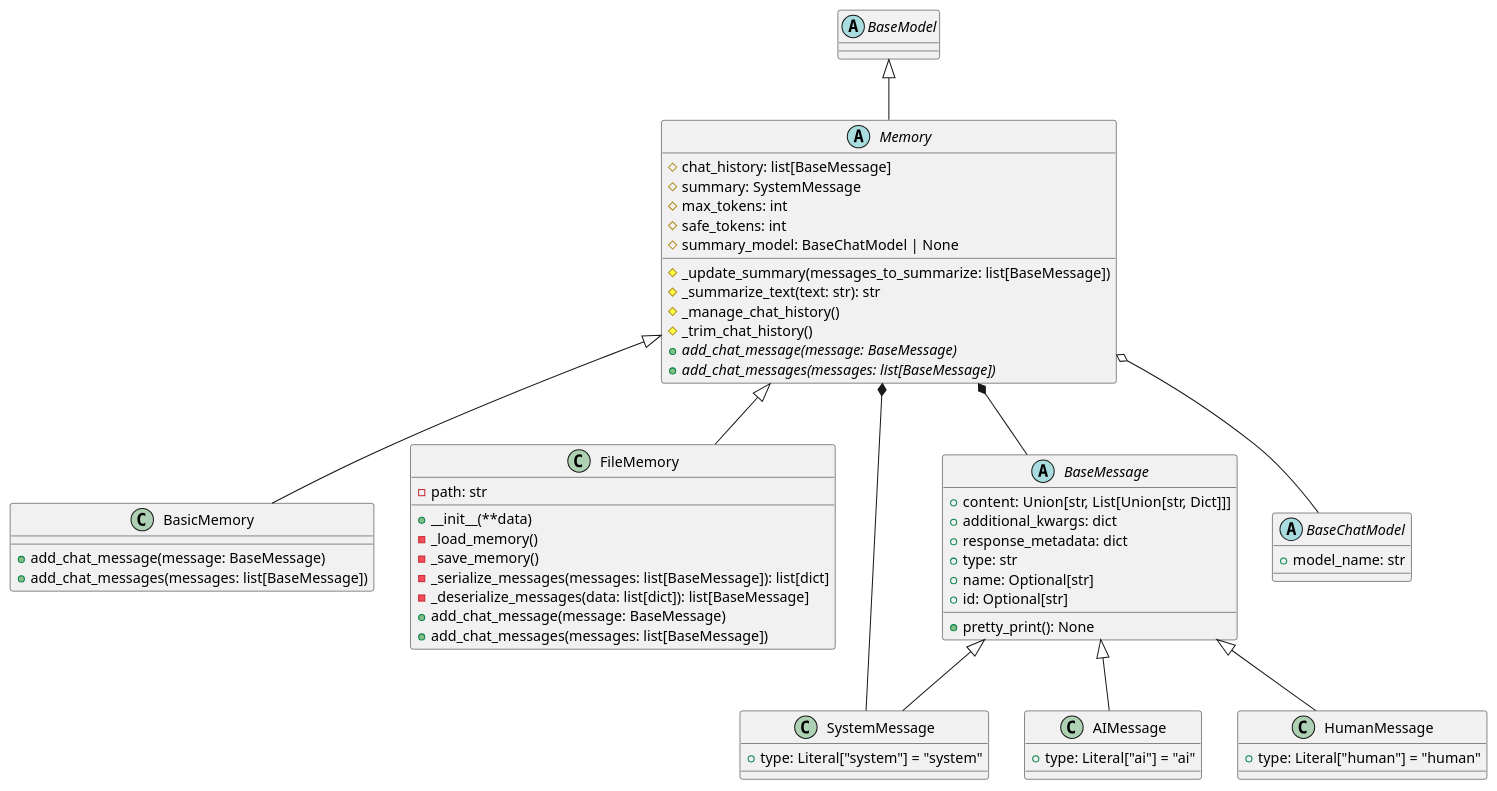
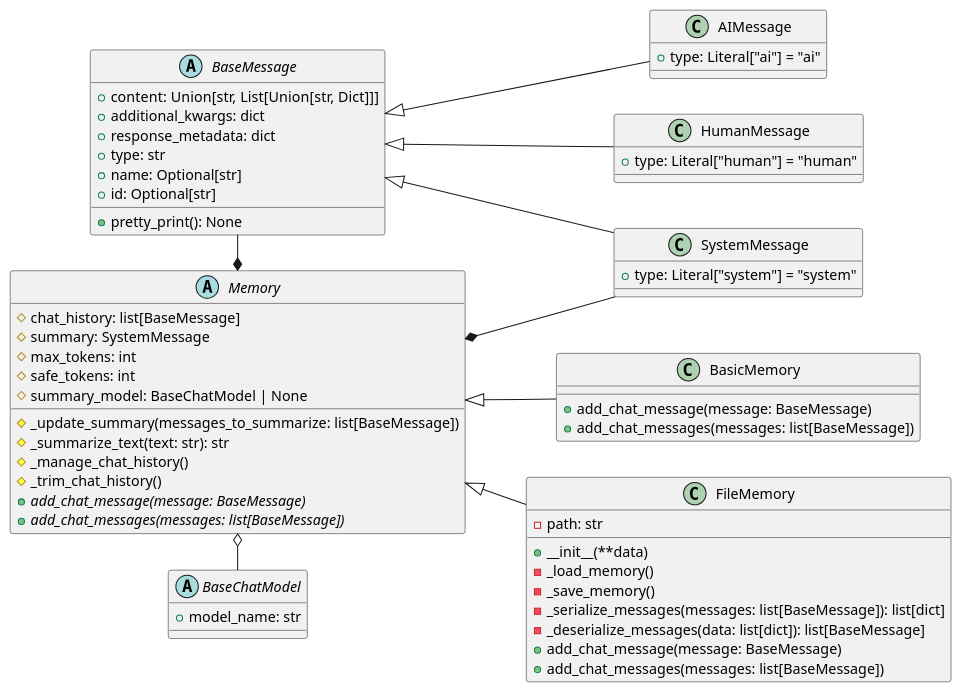
The diagram in docs/uml/memory.puml (VicentGJ/assistant-core), drawn with PlantUML before and after one commit. The commit also changed 2 other files, not shown here.

Commit message:
Update UML diagrams and fix typo in test_prompts.yaml
• Adjust UML diagram layouts
• Update Assistant class initialization
• Remove BaseModel from memory diagram
• Fix typo: 'wheater_test' to 'weather_test'
• Refine UML diagram relationships

```diff
--- a/docs/uml/memory.puml
+++ b/docs/uml/memory.puml
@@ -1,74 +1,72 @@
 @startuml base
 ' skinparam classAttributeIconSize 0
-
-abstract class BaseModel
+left to right direction
 
 abstract class Memory {
   # chat_history: list[BaseMessage]
   # summary: SystemMessage
   # max_tokens: int
   # safe_tokens: int
   # summary_model: BaseChatModel | None
   # _update_summary(messages_to_summarize: list[BaseMessage])
   # _summarize_text(text: str): str
   # _manage_chat_history()
   # _trim_chat_history()
   + {abstract} add_chat_message(message: BaseMessage)
   + {abstract} add_chat_messages(messages: list[BaseMessage])
 }
 
 class BasicMemory {
   + add_chat_message(message: BaseMessage)
   + add_chat_messages(messages: list[BaseMessage])
 }
 
 class FileMemory {
   - path: str
   + __init__(**data)
   - _load_memory()
   - _save_memory()
   - _serialize_messages(messages: list[BaseMessage]): list[dict]
   - _deserialize_messages(data: list[dict]): list[BaseMessage]
   + add_chat_message(message: BaseMessage)
   + add_chat_messages(messages: list[BaseMessage])
 }
 
 abstract class BaseMessage {
   + content: Union[str, List[Union[str, Dict]]]
   + additional_kwargs: dict
   + response_metadata: dict
   + type: str
   + name: Optional[str]
   + id: Optional[str]
 
   + pretty_print(): None
 }
 
 class SystemMessage {
     + type: Literal["system"] = "system"
 }
 
 class AIMessage {
     + type: Literal["ai"] = "ai"
 }
 
 class HumanMessage {
     + type: Literal["human"] = "human"
 }
 
 abstract class BaseChatModel {
   + model_name: str
 }
 
 BaseMessage <|-- SystemMessage
 BaseMessage <|-- AIMessage
 BaseMessage <|-- HumanMessage
 
-BaseModel <|-- Memory
 Memory <|-- BasicMemory
 Memory <|-- FileMemory
-Memory *-- BaseMessage
+Memory *--left-- BaseMessage
 Memory *-- SystemMessage 
-Memory o-- BaseChatModel
+Memory o--right-- BaseChatModel
 
 @enduml
```
